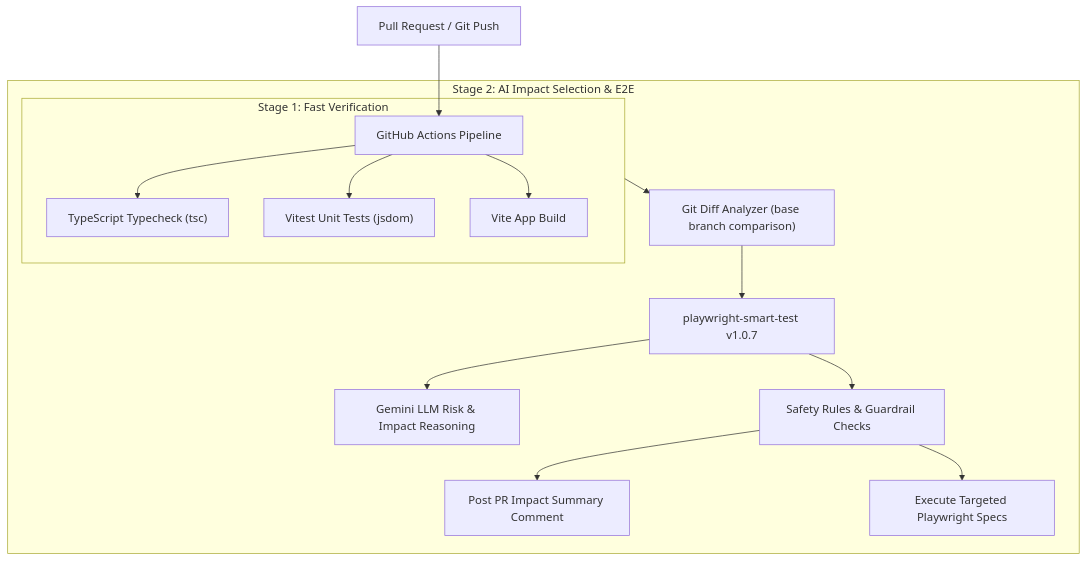
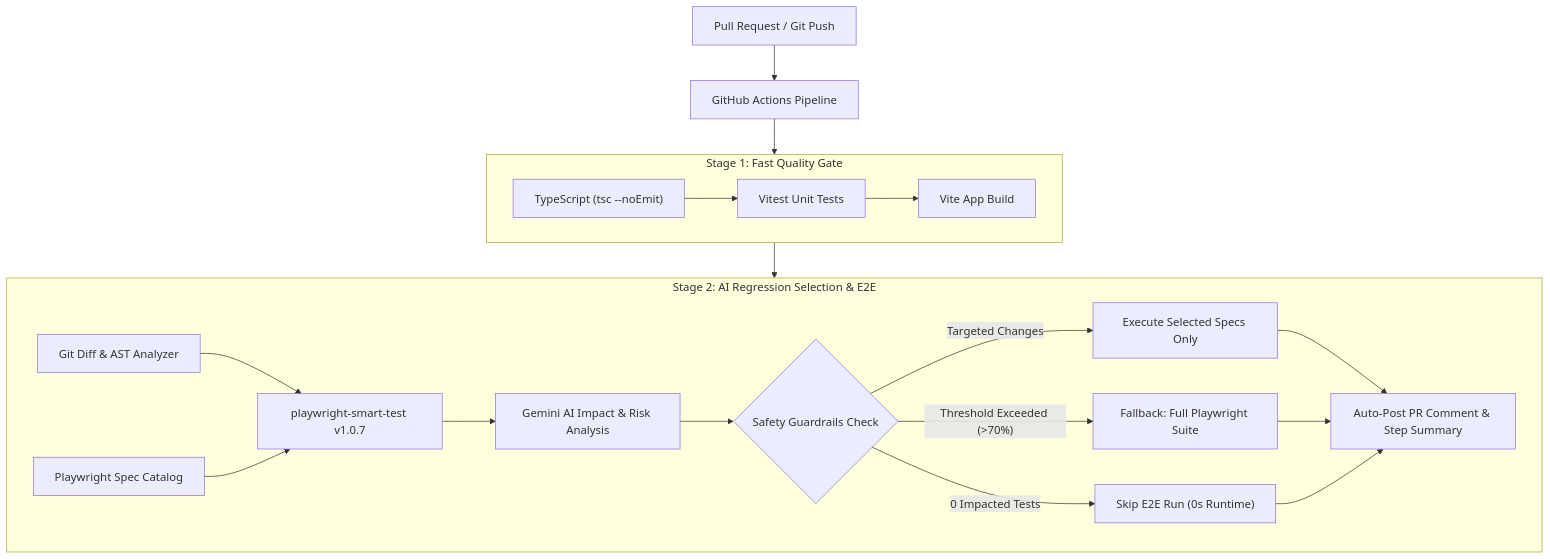
One commit to Ujjwal-S-S/ecommerce-playwright-demo changed the diagram in README.md. Above: the diagram before and after it, drawn with Mermaid.

Commit message:
docs: enhance architecture mermaid diagram with clear decision branches

````diff
--- a/README.md
+++ b/README.md
@@ -36,19 +36,28 @@
 ```mermaid
 flowchart TD
     PR["Pull Request / Git Push"] --> CI["GitHub Actions Pipeline"]
-    
-    subgraph Stage1 ["Stage 1: Fast Verification"]
-        CI --> TC["TypeScript Typecheck (tsc)"]
-        CI --> UT["Vitest Unit Tests (jsdom)"]
-        CI --> Build["Vite App Build"]
+
+    subgraph Stage1 ["Stage 1: Fast Quality Gate"]
+        TC["TypeScript (tsc --noEmit)"] --> UT["Vitest Unit Tests"]
+        UT --> Build["Vite App Build"]
     end
-    
-    subgraph Stage2 ["Stage 2: AI Impact Selection & E2E"]
-        Stage1 --> Diff["Git Diff Analyzer (base branch comparison)"]
-        Diff --> SmartTest["playwright-smart-test v1.0.7"]
-        SmartTest --> Gemini["Gemini LLM Risk & Impact Reasoning"]
-        SmartTest --> Safety["Safety Rules & Guardrail Checks"]
-        Safety --> PRComment["Post PR Impact Summary Comment"]
-        Safety --> PWRun["Execute Targeted Playwright Specs"]
+
+    CI --> Stage1
+
+    subgraph Stage2 ["Stage 2: AI Regression Selection & E2E"]
+        Diff["Git Diff & AST Analyzer"] --> Agent["playwright-smart-test v1.0.7"]
+        Catalog["Playwright Spec Catalog"] --> Agent
+        Agent --> Gemini["Gemini AI Impact & Risk Analysis"]
+        Gemini --> Guardrails{"Safety Guardrails Check"}
+
+        Guardrails -->|"0 Impacted Tests"| Skip["Skip E2E Run (0s Runtime)"]
+        Guardrails -->|"Targeted Changes"| Targeted["Execute Selected Specs Only"]
+        Guardrails -->|"Threshold Exceeded (>70%)"| Full["Fallback: Full Playwright Suite"]
+
+        Targeted --> Report["Auto-Post PR Comment & Step Summary"]
+        Full --> Report
+        Skip --> Report
     end
+
+    Stage1 --> Stage2
 ```
````
